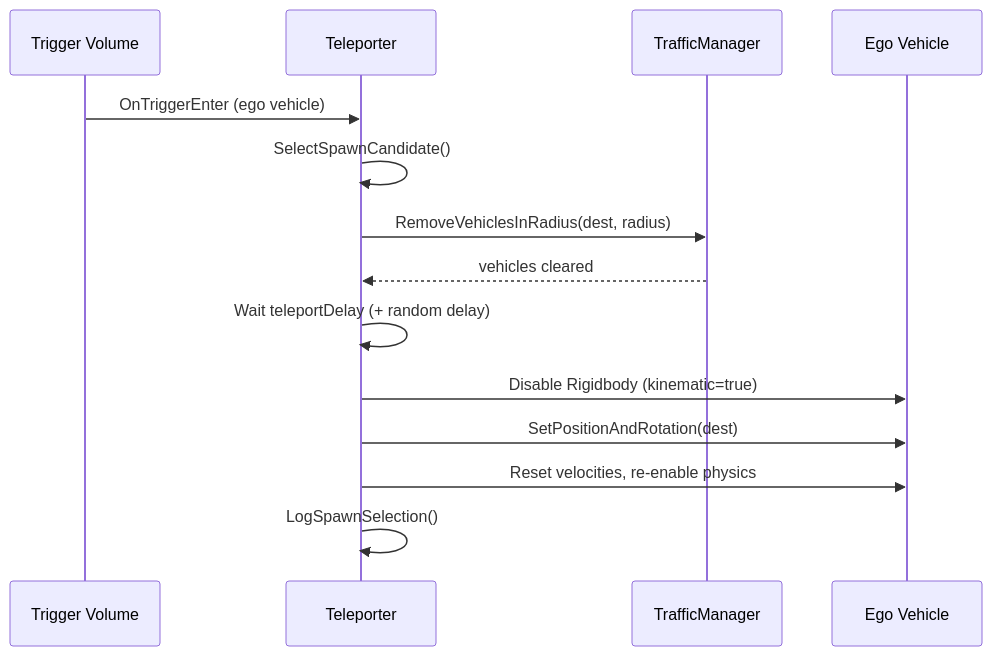
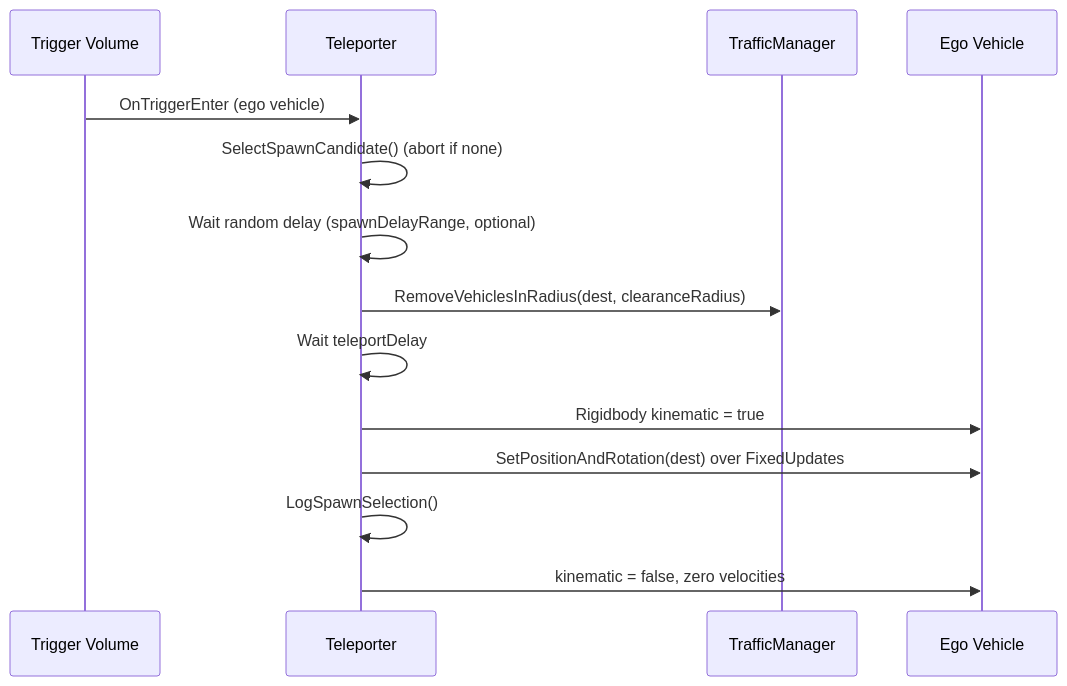
The diagram in docs/Components/Teleport/index.md (tlab-wide/V2X_E2E_Simulator), drawn with Mermaid before and after one commit. The commit also changed other lines of this file and 4 other files, not shown here.

First line of the commit message:
feat(teleport): lane-midpoint and random-point spawn strategies for the Teleporter gate

````diff
--- a/docs/Components/Teleport/index.md
+++ b/docs/Components/Teleport/index.md
@@ -93,17 +104,17 @@
 ```mermaid
 sequenceDiagram
     participant T as Trigger Volume
     participant TP as Teleporter
     participant TM as TrafficManager
     participant EGO as Ego Vehicle
 
     T->>TP: OnTriggerEnter (ego vehicle)
-    TP->>TP: SelectSpawnCandidate()
-    TP->>TM: RemoveVehiclesInRadius(dest, radius)
-    TM-->>TP: vehicles cleared
-    TP->>TP: Wait teleportDelay (+ random delay)
-    TP->>EGO: Disable Rigidbody (kinematic=true)
-    TP->>EGO: SetPositionAndRotation(dest)
-    TP->>EGO: Reset velocities, re-enable physics
+    TP->>TP: SelectSpawnCandidate() (abort if none)
+    TP->>TP: Wait random delay (spawnDelayRange, optional)
+    TP->>TM: RemoveVehiclesInRadius(dest, clearanceRadius)
+    TP->>TP: Wait teleportDelay
+    TP->>EGO: Rigidbody kinematic = true
+    TP->>EGO: SetPositionAndRotation(dest) over FixedUpdates
     TP->>TP: LogSpawnSelection()
+    TP->>EGO: kinematic = false, zero velocities
 ```
````
